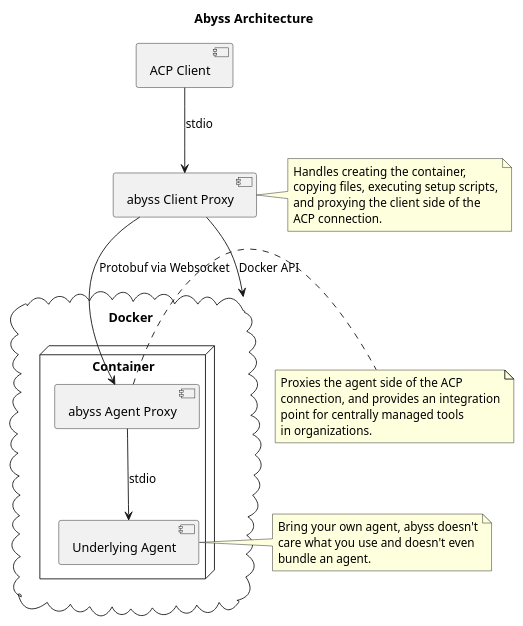
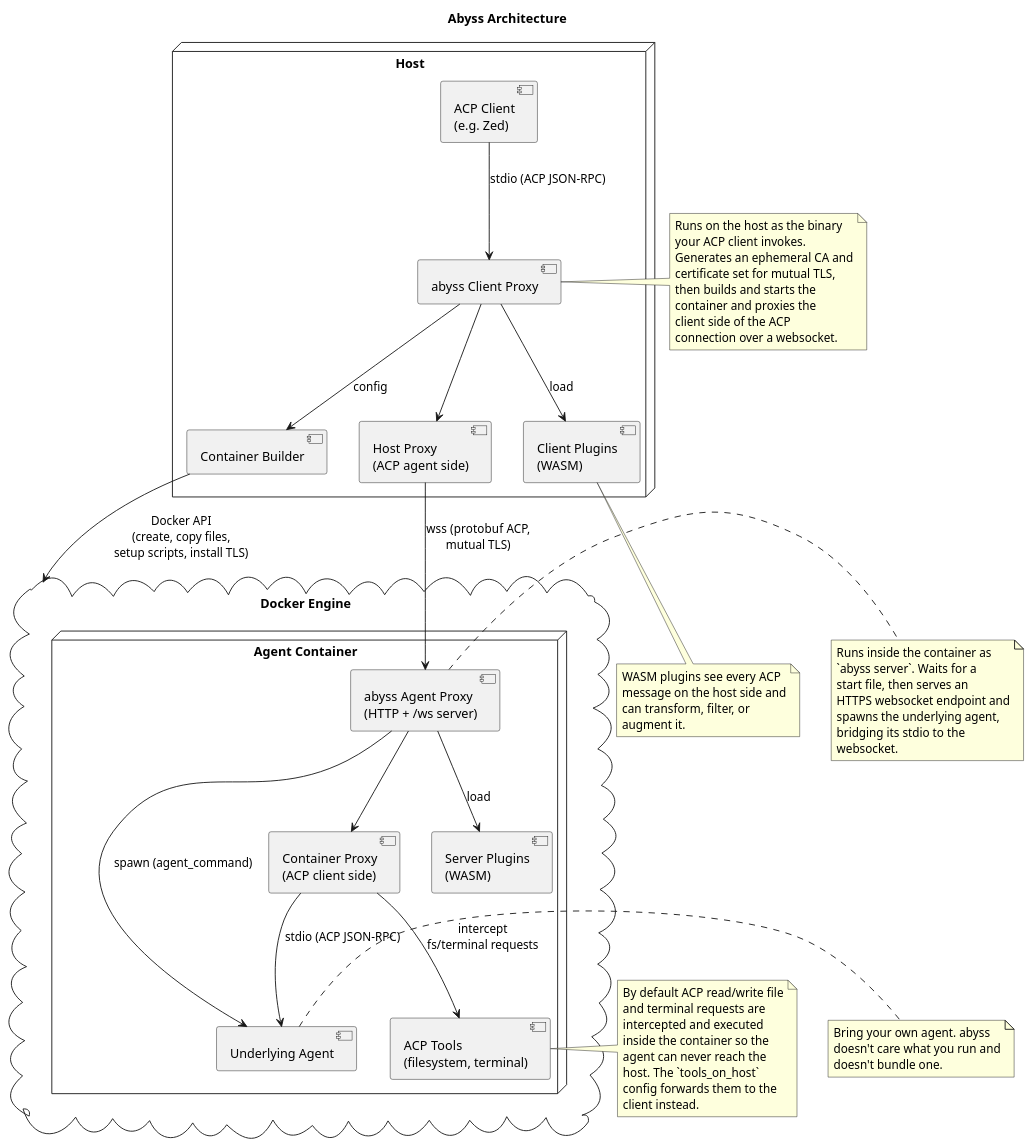
One commit to SethCurry/abyss changed the diagram in site/content/docs/reference/architecture.puml. Above: the diagram before and after it, drawn with PlantUML. The commit also changed 51 other files, not shown here.

```diff
--- a/site/content/docs/reference/architecture.puml
+++ b/site/content/docs/reference/architecture.puml
@@ -1,37 +1,80 @@
 @startuml
 
 title Abyss Architecture
 
-cloud Docker {
-  node Container {
-    [Underlying Agent]
-    [abyss Agent Proxy]
+node "Host" as Host {
+  component [ACP Client\n(e.g. Zed)] as Client
+  component [abyss Client Proxy] as ClientProxy
+  component [Container Builder] as Builder
+  component [Host Proxy\n(ACP agent side)] as HostProxy
+  component [Client Plugins\n(WASM)] as ClientPlugins
+}
+
+cloud "Docker Engine" as Docker {
+  node "Agent Container" as Container {
+    component [abyss Agent Proxy\n(HTTP + /ws server)] as AgentProxy
+    component [Container Proxy\n(ACP client side)] as ContProxy
+    component [ACP Tools\n(filesystem, terminal)] as ACPTools
+    component [Server Plugins\n(WASM)] as ServerPlugins
+    component [Underlying Agent] as Agent
   }
 }
 
-[ACP Client] --> [abyss Client Proxy] : stdio
-[abyss Client Proxy] --> [abyss Agent Proxy] : Protobuf via Websocket
-[abyss Client Proxy] --> [Docker] : Docker API
-[abyss Agent Proxy] --> [Underlying Agent] : stdio
+Client --> ClientProxy : stdio (ACP JSON-RPC)
+ClientProxy --> Builder : config
+Builder --> Docker : Docker API\n(create, copy files,\nsetup scripts, install TLS)
+ClientProxy --> HostProxy
+ClientProxy --> ClientPlugins : load
+HostProxy --> AgentProxy : wss (protobuf ACP,\nmutual TLS)
+AgentProxy --> ContProxy
+ContProxy --> ACPTools : intercept\nfs/terminal requests
+ContProxy --> Agent : stdio (ACP JSON-RPC)
+AgentProxy --> ServerPlugins : load
+AgentProxy --> Agent : spawn (agent_command)
 
-note right of "abyss Client Proxy"
-  Handles creating the container,
-  copying files, executing setup scripts,
-  and proxying the client side of the
-  ACP connection.
+note right of ClientProxy
+  Runs on the host as the binary
+  your ACP client invokes.
+  Generates an ephemeral CA and
+  certificate set for mutual TLS,
+  then builds and starts the
+  container and proxies the
+  client side of the ACP
+  connection over a websocket.
 endnote
 
-note right of "abyss Agent Proxy"
-  Proxies the agent side of the ACP
-  connection, and provides an integration
-  point for centrally managed tools
-  in organizations.
+note right of AgentProxy
+  Runs inside the container as
+  `abyss server`. Waits for a
+  start file, then serves an
+  HTTPS websocket endpoint and
+  spawns the underlying agent,
+  bridging its stdio to the
+  websocket.
 endnote
 
-note right of "Underlying Agent"
-  Bring your own agent, abyss doesn't
-  care what you use and doesn't even
-  bundle an agent.
+note right of ACPTools
+  By default ACP read/write file
+  and terminal requests are
+  intercepted and executed
+  inside the container so the
+  agent can never reach the
+  host. The `tools_on_host`
+  config forwards them to the
+  client instead.
+endnote
+
+note right of Agent
+  Bring your own agent. abyss
+  doesn't care what you run and
+  doesn't bundle one.
+endnote
+
+note bottom of ClientPlugins
+  WASM plugins see every ACP
+  message on the host side and
+  can transform, filter, or
+  augment it.
 endnote
 
 @enduml
```
